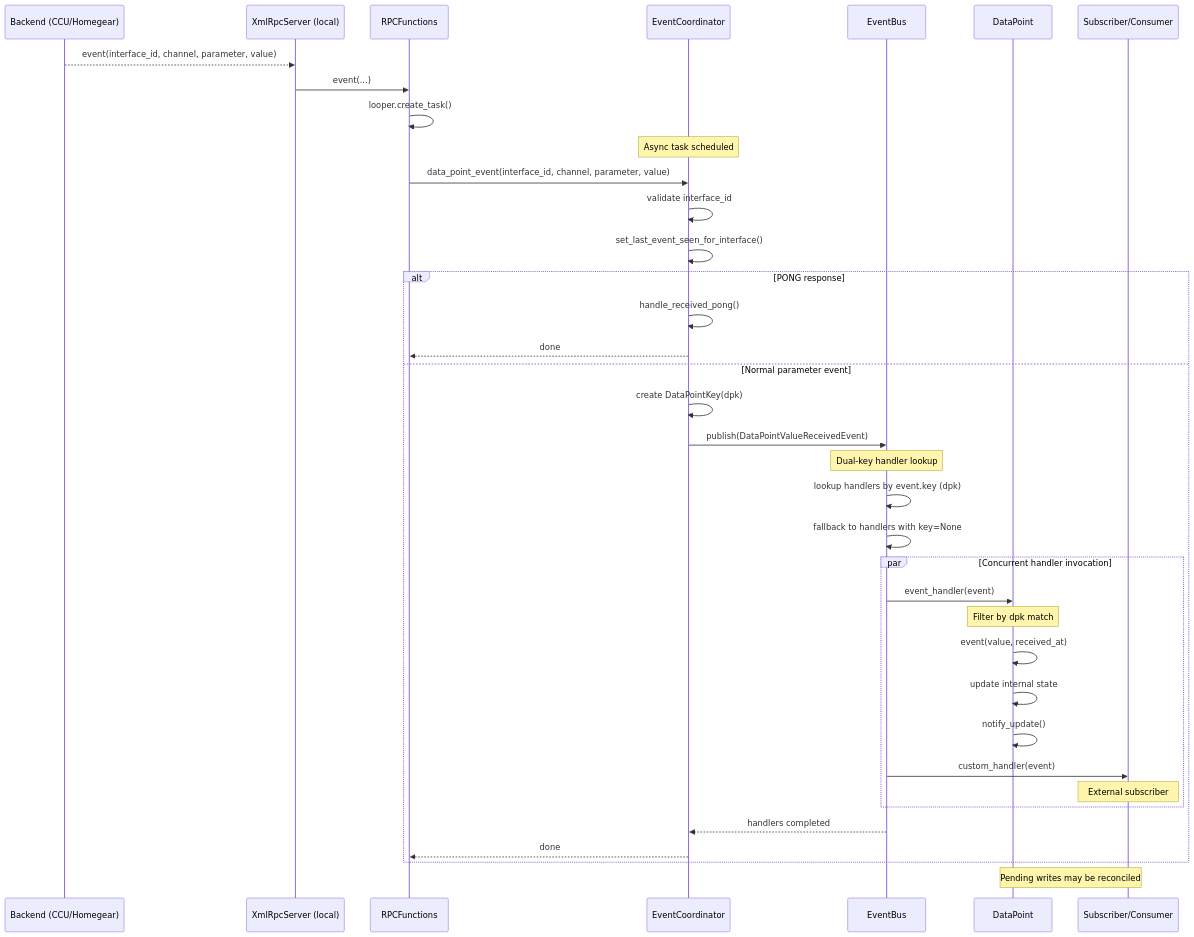
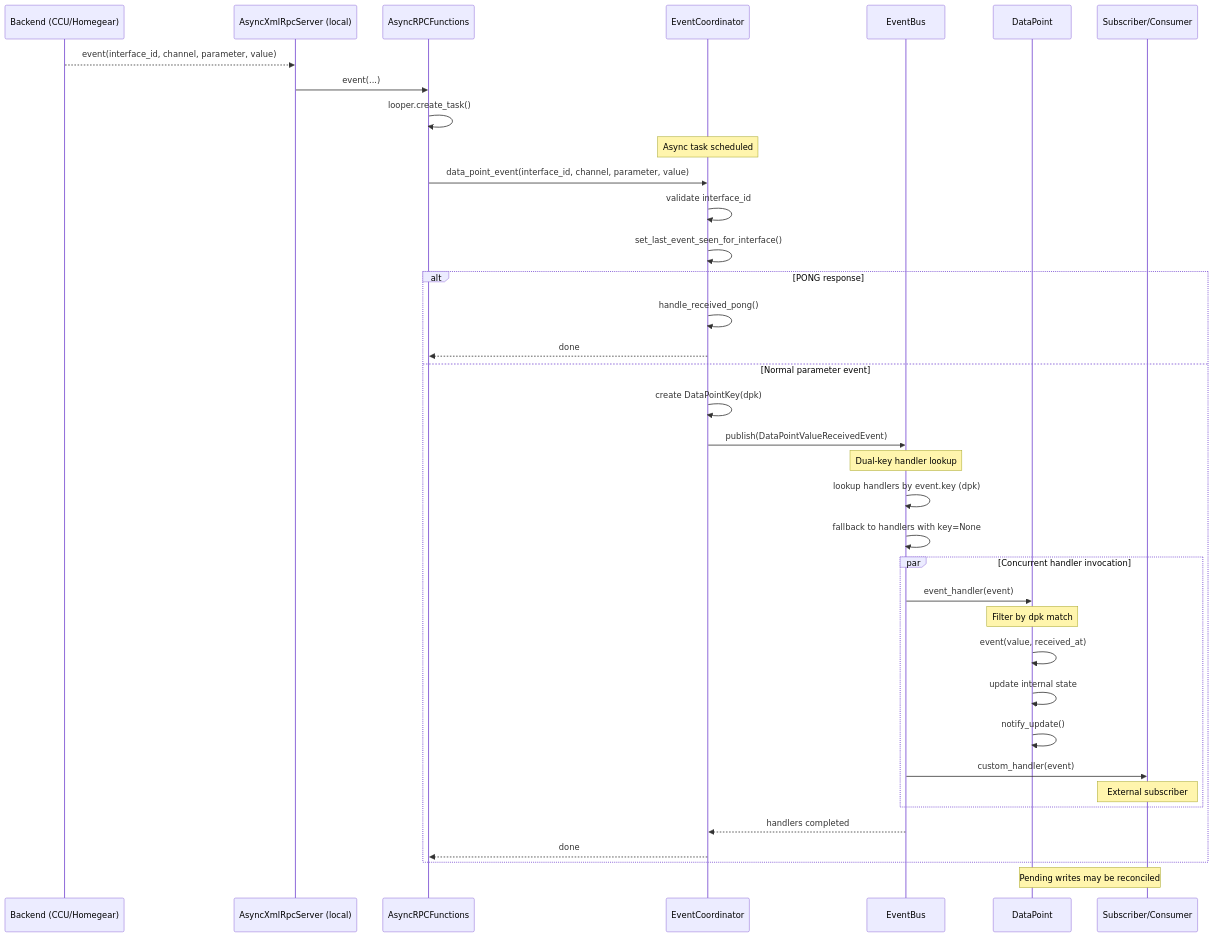
One commit to SukramJ/aiohomematic changed the fourth of 17 diagrams in docs/architecture/sequence_diagrams.md. Above: the diagram before and after it, drawn with Mermaid. The commit also changed other lines of this file and 17 other files, not shown here.

````diff
--- a/docs/architecture/sequence_diagrams.md
+++ b/docs/architecture/sequence_diagrams.md
@@ -279,49 +279,49 @@
 ```mermaid
 sequenceDiagram
   participant CCU as Backend (CCU/Homegear)
-  participant XRS as XmlRpcServer (local)
-  participant RPC as RPCFunctions
+  participant XRS as AsyncXmlRpcServer (local)
+  participant RPC as AsyncRPCFunctions
   participant EC as EventCoordinator
   participant EB as EventBus
   participant DP as DataPoint
   participant App as Subscriber/Consumer
 
   CCU-->>XRS: event(interface_id, channel, parameter, value)
   XRS->>RPC: event(...)
   RPC->>RPC: looper.create_task()
 
   Note over EC: Async task scheduled
   RPC->>EC: data_point_event(interface_id, channel, parameter, value)
 
   EC->>EC: validate interface_id
   EC->>EC: set_last_event_seen_for_interface()
 
   alt PONG response
     EC->>EC: handle_received_pong()
     EC-->>RPC: done
   else Normal parameter event
     EC->>EC: create DataPointKey(dpk)
 
     EC->>EB: publish(DataPointValueReceivedEvent)
 
     Note over EB: Dual-key handler lookup
     EB->>EB: lookup handlers by event.key (dpk)
     EB->>EB: fallback to handlers with key=None
 
     par Concurrent handler invocation
       EB->>DP: event_handler(event)
       Note over DP: Filter by dpk match
       DP->>DP: event(value, received_at)
       DP->>DP: update internal state
       DP->>DP: notify_update()
 
       EB->>App: custom_handler(event)
       Note over App: External subscriber
     end
 
     EB-->>EC: handlers completed
     EC-->>RPC: done
   end
 
   Note over DP,App: Pending writes may be reconciled
 ```
````
